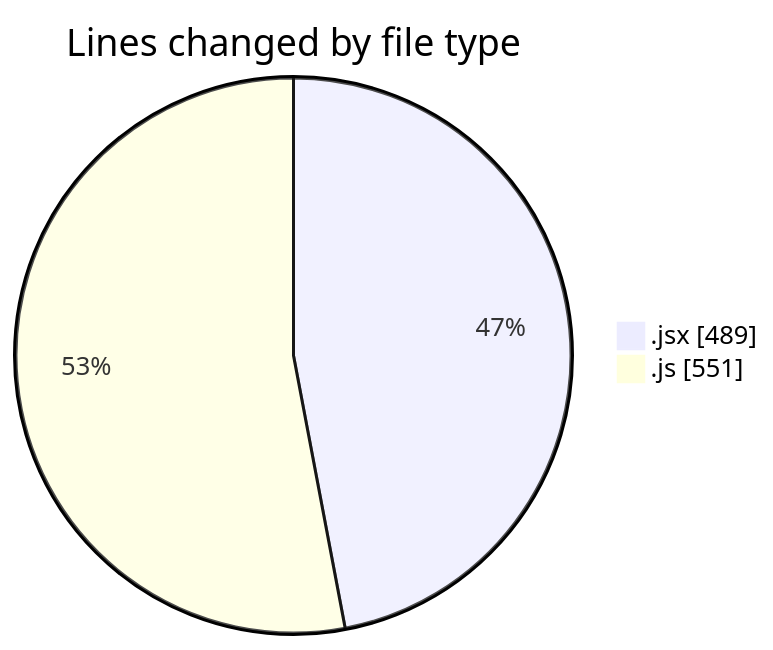
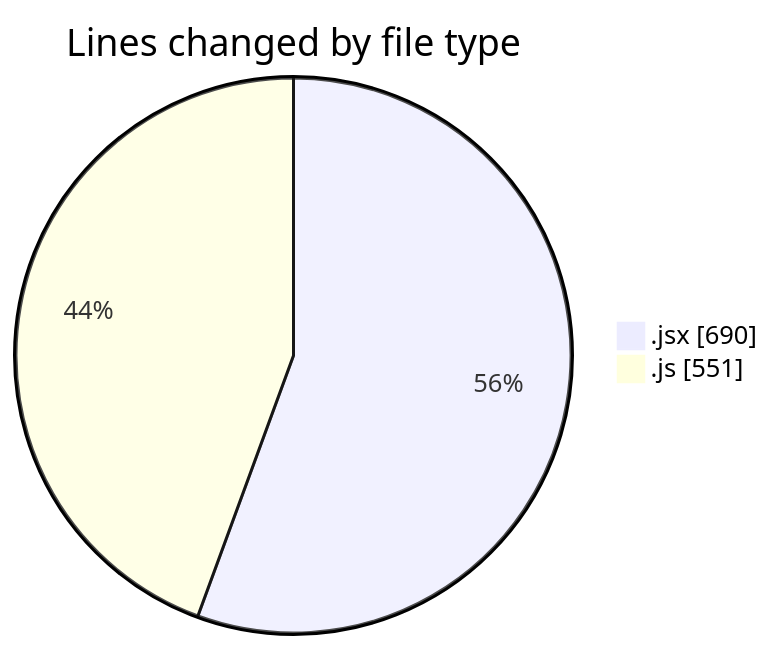
The first of 2 diagrams in 2025-07-25/nxtqube_webapp/README.md (nxtqubesakshisongat/code-tracking), drawn with Mermaid before and after one commit. The commit also changed other lines of this file and 1 other file, not shown here.

````diff
--- a/2025-07-25/nxtqube_webapp/README.md
+++ b/2025-07-25/nxtqube_webapp/README.md
@@ -21,6 +22,6 @@
 ```mermaid
 pie showData
 title Lines changed by file type
-".jsx" : 489
+".jsx" : 690
 ".js" : 551
 ```
````
